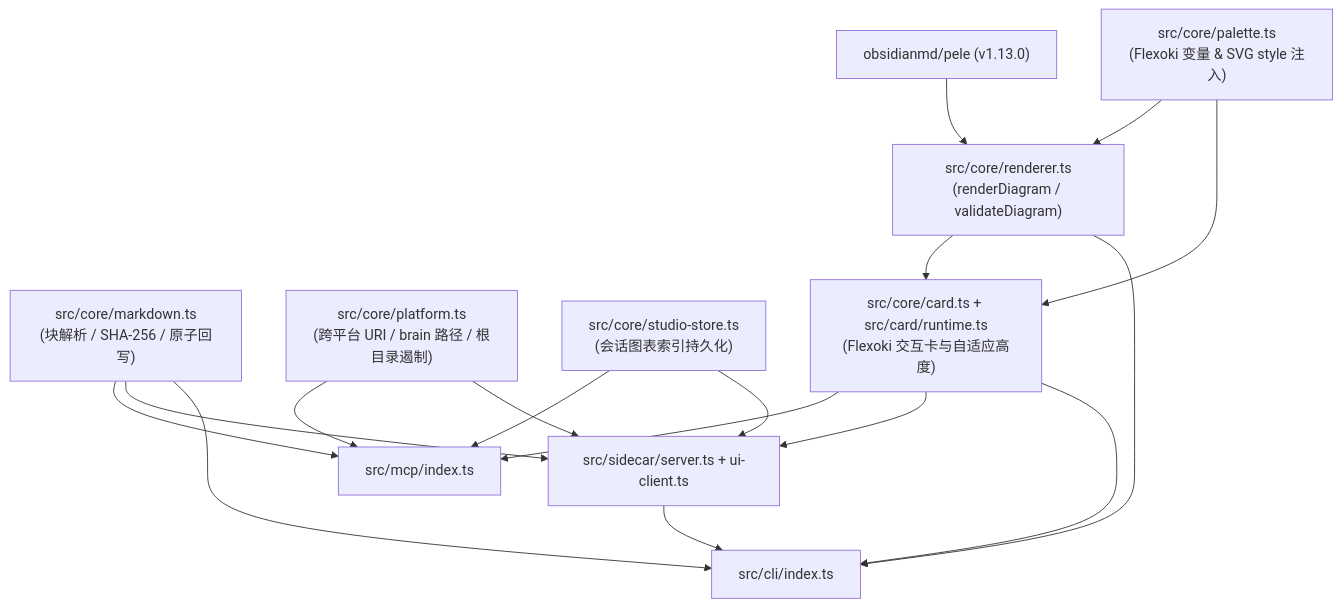
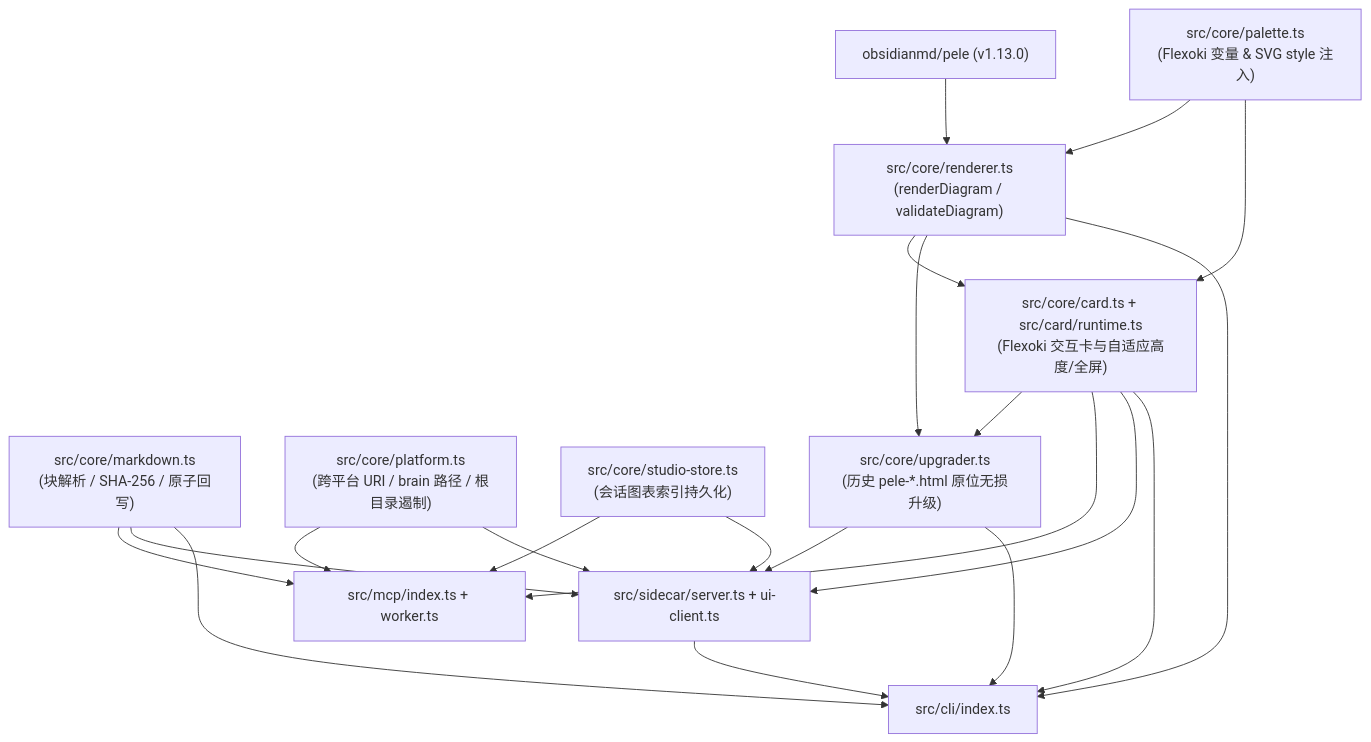
One commit to springtian1982/antigravity-pele changed the first of 2 diagrams in docs/developer-guide/architecture.md. Above: the diagram before and after it, drawn with Mermaid. The commit also changed other lines of this file, not shown here.

Commit message:
docs(architecture): sync module dependency graph with mcp-worker and card upgrader

````diff
--- a/docs/developer-guide/architecture.md
+++ b/docs/developer-guide/architecture.md
@@ -51,34 +52,39 @@
 ```mermaid
 flowchart TB
   PeleLib["obsidianmd/pele (v1.13.0)"]
   CoreRenderer["src/core/renderer.ts<br/>(renderDiagram / validateDiagram)"]
   CorePalette["src/core/palette.ts<br/>(Flexoki 变量 & SVG style 注入)"]
   CoreMd["src/core/markdown.ts<br/>(块解析 / SHA-256 / 原子回写)"]
   CorePlatform["src/core/platform.ts<br/>(跨平台 URI / brain 路径 / 根目录遏制)"]
   CoreStore["src/core/studio-store.ts<br/>(会话图表索引持久化)"]
-  CoreCard["src/core/card.ts + src/card/runtime.ts<br/>(Flexoki 交互卡与自适应高度)"]
+  CoreCard["src/core/card.ts + src/card/runtime.ts<br/>(Flexoki 交互卡与自适应高度/全屏)"]
+  CoreUpgrader["src/core/upgrader.ts<br/>(历史 pele-*.html 原位无损升级)"]
 
-  MCP["src/mcp/index.ts"]
+  MCP["src/mcp/index.ts + worker.ts"]
   Sidecar["src/sidecar/server.ts + ui-client.ts"]
   CLI["src/cli/index.ts"]
 
   PeleLib --> CoreRenderer
   CoreRenderer --> CoreCard
   CorePalette --> CoreRenderer
   CorePalette --> CoreCard
+  CoreCard --> CoreUpgrader
+  CoreRenderer --> CoreUpgrader
 
   CoreCard --> MCP
   CoreMd --> MCP
   CoreStore --> MCP
   CorePlatform --> MCP
 
   CoreCard --> Sidecar
+  CoreUpgrader --> Sidecar
   CoreMd --> Sidecar
   CoreStore --> Sidecar
   CorePlatform --> Sidecar
 
   CoreCard --> CLI
+  CoreUpgrader --> CLI
   CoreMd --> CLI
   CoreRenderer --> CLI
   Sidecar --> CLI
 ```
````
